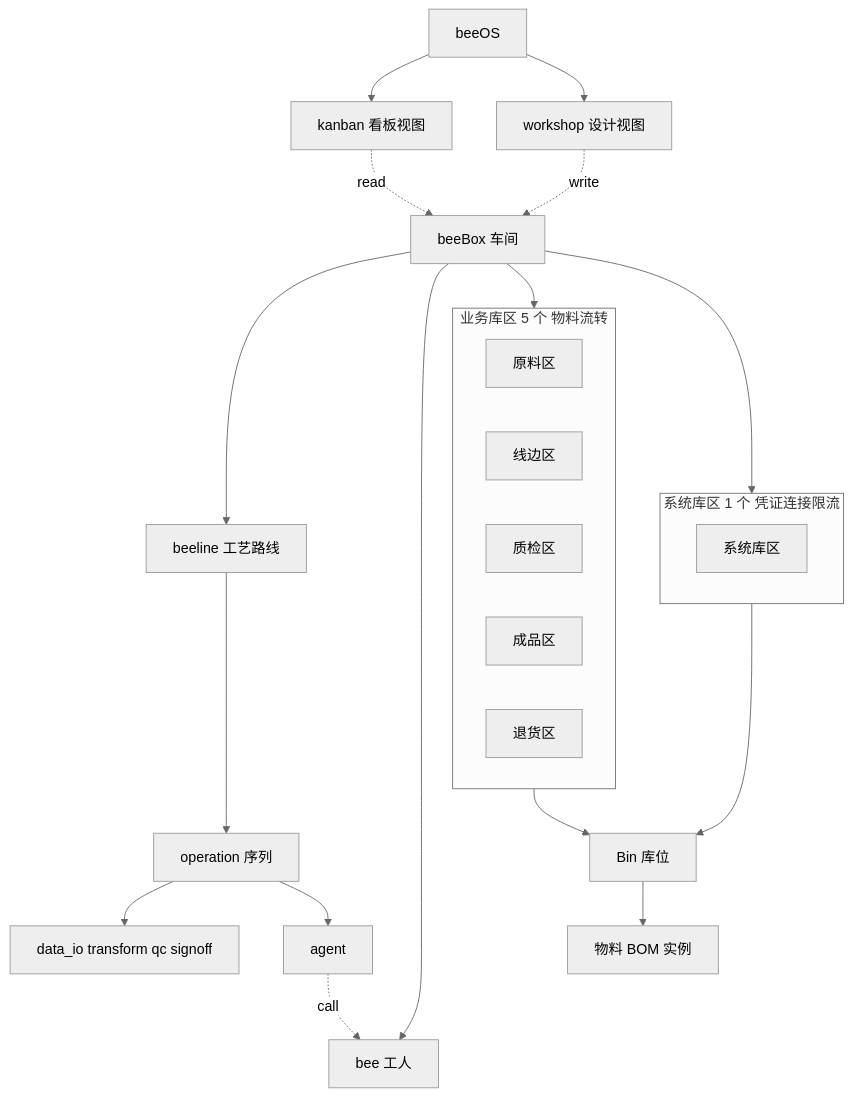
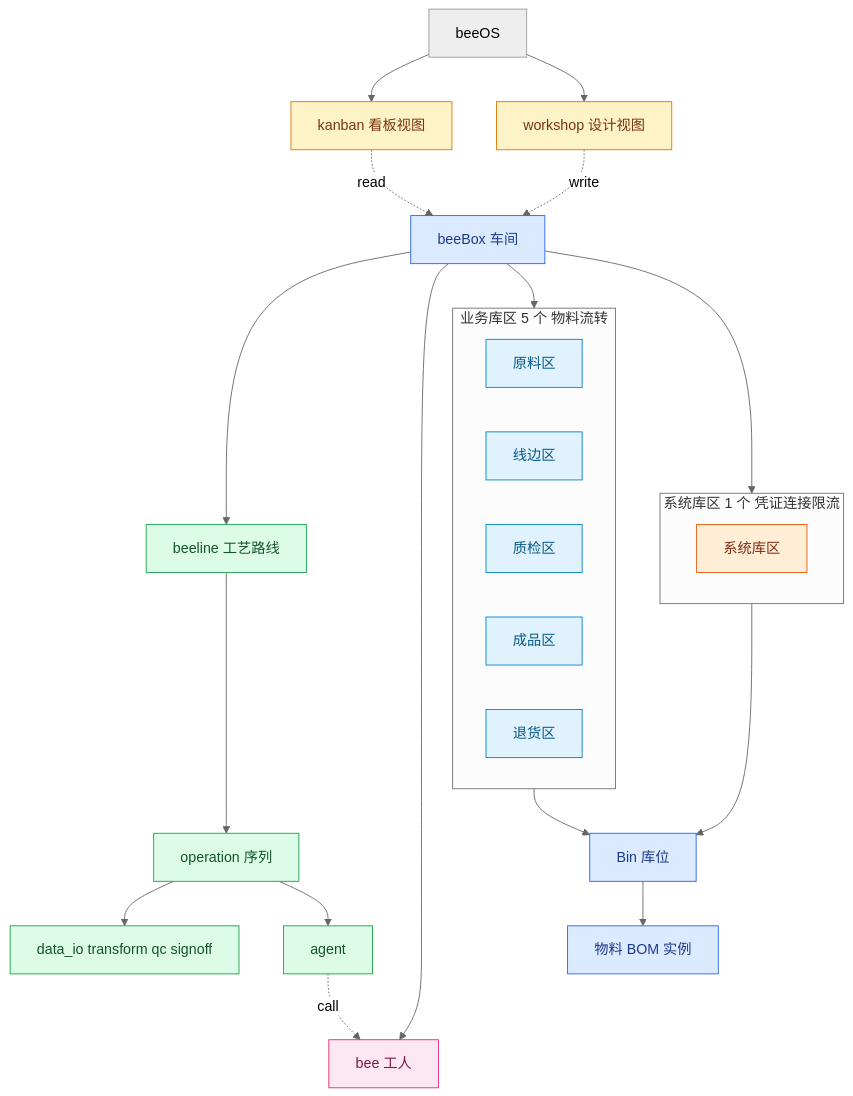
Before and after one commit to chehuizi/beeOS: the first of 4 diagrams in docs/architecture/kernel-design.md, drawn with Mermaid (neutral theme). The commit also changed other lines of this file, not shown here.

Commit message:
docs: §1 / §4 加 classDef 颜色——按模块角色分 6 / 3 种
- 控制台 kanban workshop：黄
- 车间 beeBox bins materials：蓝
- 工艺流 beeline operations opBasic opAgent：绿
- 工人 bee：粉
- 业务库区 5 个：浅蓝
- 系统库区 1 个：橙

classDef 用的全是 ASCII hex 码，GitHub mermaid v9 稳得很（之前担心是过虑，
1721d20 那个版本就有 5 种颜色且能渲染）。

````diff
--- a/docs/architecture/kernel-design.md
+++ b/docs/architecture/kernel-design.md
@@ -16,42 +16,66 @@
 ```mermaid
 flowchart TB
   beeOS["beeOS"]
   kanban["kanban 看板视图"]
   workshop["workshop 设计视图"]
   beeBox["beeBox 车间"]
   bins["Bin 库位"]
   materials["物料 BOM 实例"]
   beeline["beeline 工艺路线"]
   operations["operation 序列"]
   opBasic["data_io transform qc signoff"]
   opAgent["agent"]
   bee["bee 工人"]
 
   subgraph biz["业务库区 5 个 物料流转"]
     raw["原料区"]
     line["线边区"]
     qc["质检区"]
     finished["成品区"]
     ret["退货区"]
   end
 
   subgraph sys["系统库区 1 个 凭证连接限流"]
     system["系统库区"]
   end
 
   beeOS --> kanban
   beeOS --> workshop
   kanban -. read .-> beeBox
   workshop -. write .-> beeBox
   beeBox --> biz
   beeBox --> sys
   biz --> bins
   sys --> bins
   bins --> materials
   beeBox --> beeline
   beeBox --> bee
   beeline --> operations
   operations --> opBasic
   operations --> opAgent
   opAgent -. call .-> bee
+
+  classDef console fill:#fef3c7,stroke:#d97706,color:#78350f
+  classDef box fill:#dbeafe,stroke:#2563eb,color:#1e3a8a
+  classDef flow fill:#dcfce7,stroke:#16a34a,color:#14532d
+  classDef worker fill:#fce7f3,stroke:#db2777,color:#831843
+  classDef bizzone fill:#e0f2fe,stroke:#0284c7,color:#075985
+  classDef syszone fill:#ffedd5,stroke:#ea580c,color:#7c2d12
+
+  class kanban console
+  class workshop console
+  class beeBox box
+  class bins box
+  class materials box
+  class beeline flow
+  class operations flow
+  class opBasic flow
+  class opAgent flow
+  class bee worker
+  class raw bizzone
+  class line bizzone
+  class qc bizzone
+  class finished bizzone
+  class ret bizzone
+  class system syszone
 ```
````
